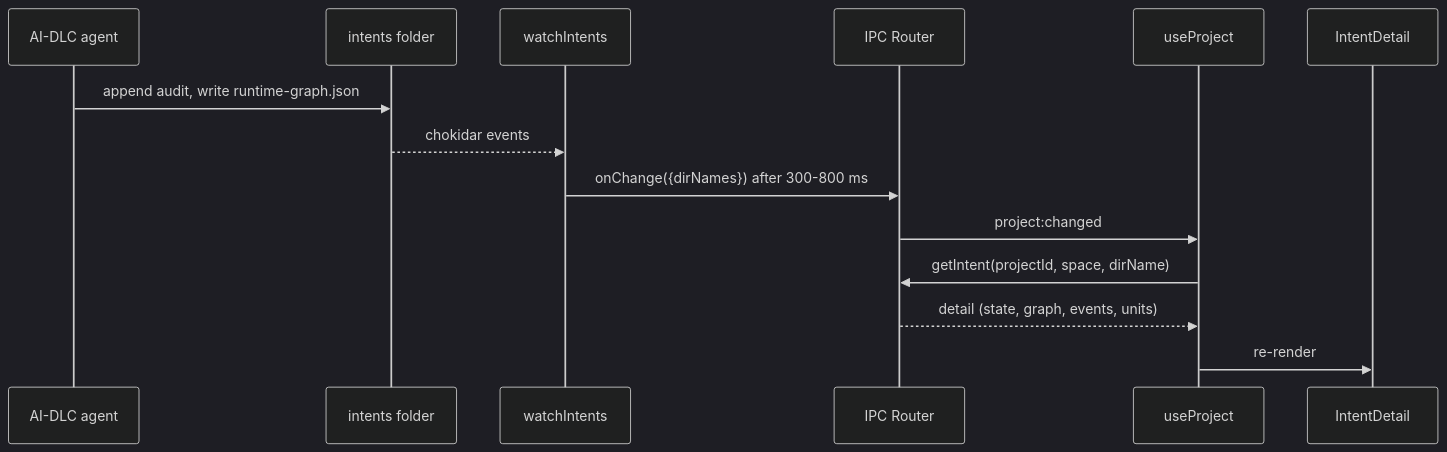
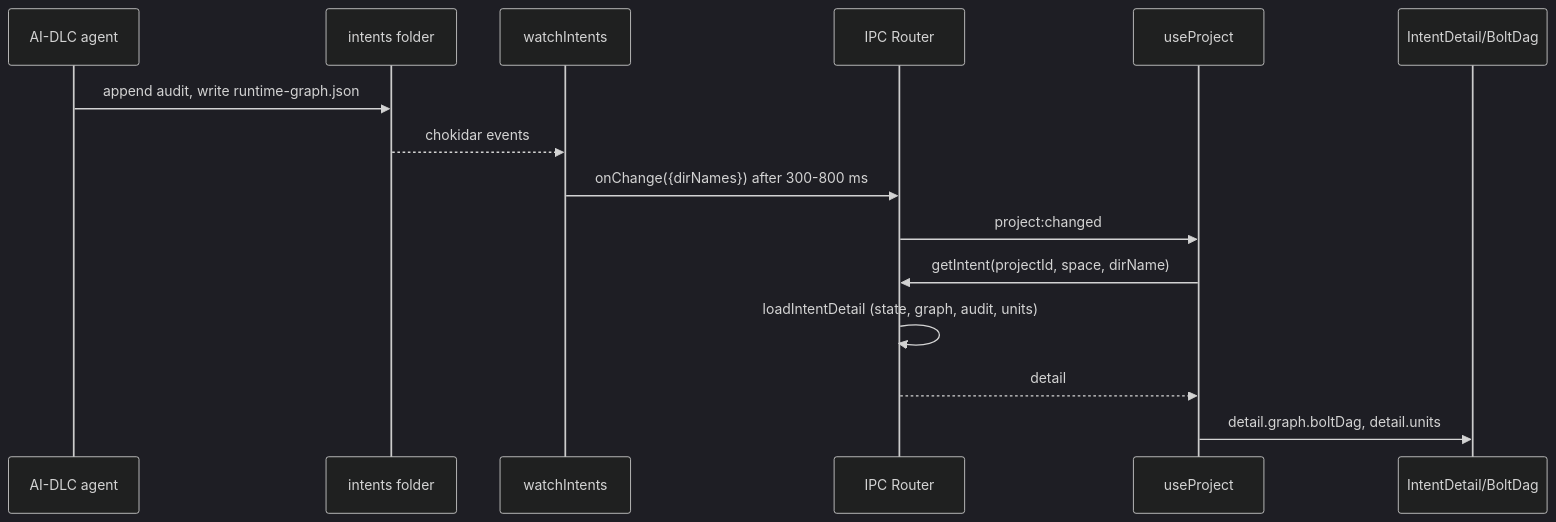
Before and after one commit to tochman/ai-dlc-thadeus: the second of 4 diagrams in aidlc/spaces/default/codekb/aidlc-dash/architecture.md, drawn with Mermaid (dark theme). The commit also changed other lines of this file and 55 other files, not shown here.

````diff
--- a/aidlc/spaces/default/codekb/aidlc-dash/architecture.md
+++ b/aidlc/spaces/default/codekb/aidlc-dash/architecture.md
@@ -117,16 +106,17 @@
 ```mermaid
 sequenceDiagram
   participant AG as AI-DLC agent
   participant FS as intents folder
   participant W as watchIntents
   participant IPC as IPC Router
   participant UP as useProject
-  participant ID as IntentDetail
+  participant ID as IntentDetail/BoltDag
   AG->>FS: append audit, write runtime-graph.json
   FS-->>W: chokidar events
   W->>IPC: onChange({dirNames}) after 300-800 ms
   IPC->>UP: project:changed
   UP->>IPC: getIntent(projectId, space, dirName)
-  IPC-->>UP: detail (state, graph, events, units)
-  UP->>ID: re-render
+  IPC->>IPC: loadIntentDetail (state, graph, audit, units)
+  IPC-->>UP: detail
+  UP->>ID: detail.graph.boltDag, detail.units
 ```
````
